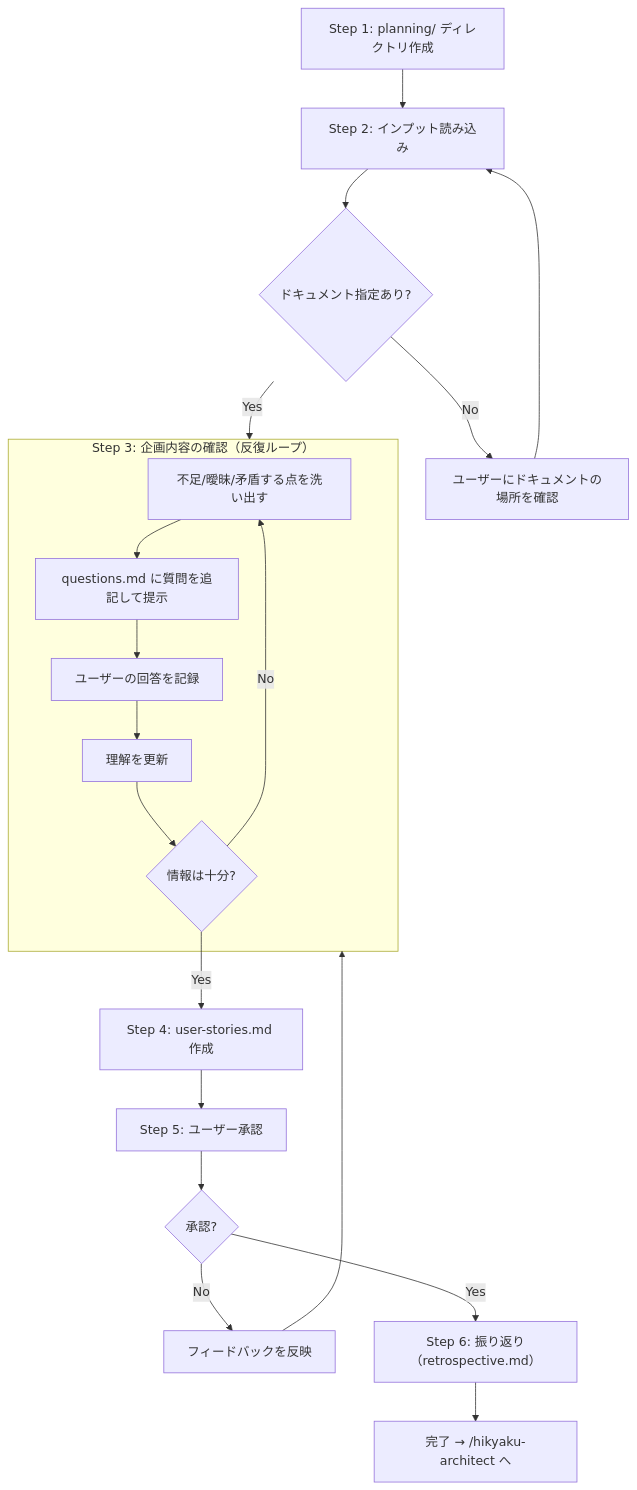
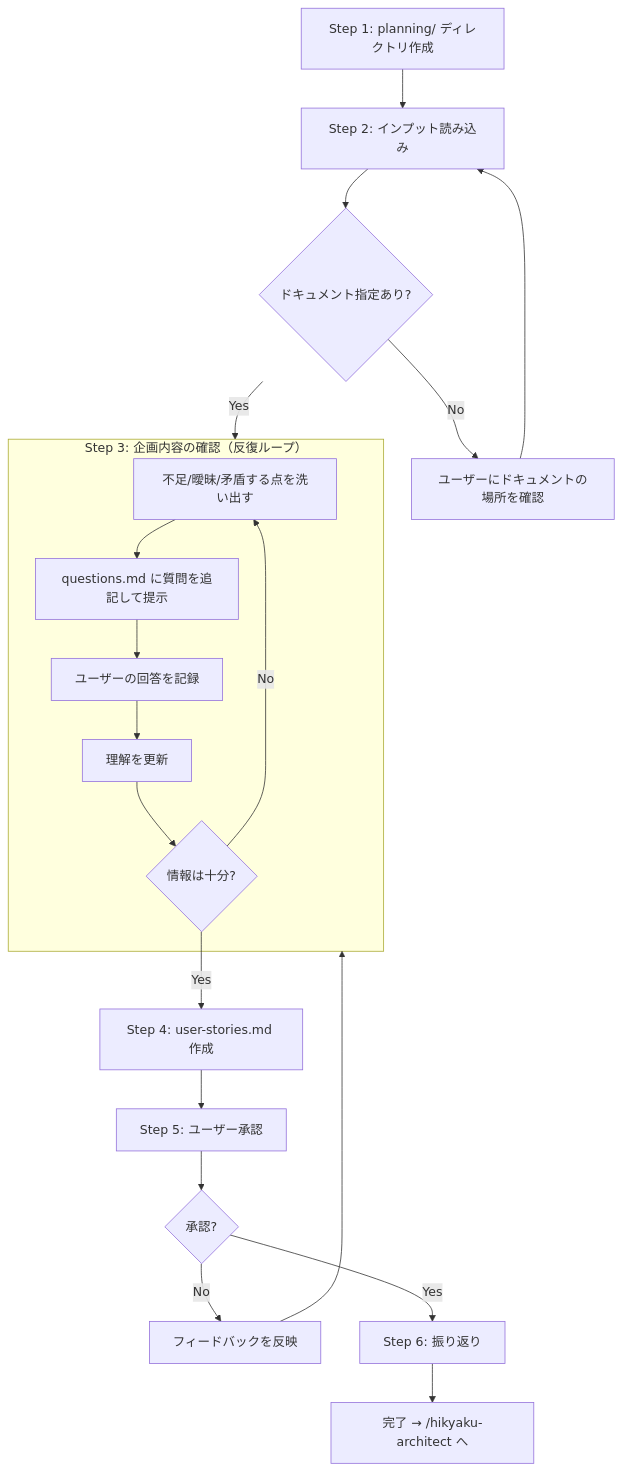
One commit to tak-solder/hikyaku changed the diagram in skills/hikyaku-planner/SKILL.md. Above: the diagram before and after it, drawn with Mermaid. The commit also changed other lines of this file and 8 other files, not shown here.

````diff
--- a/skills/hikyaku-planner/SKILL.md
+++ b/skills/hikyaku-planner/SKILL.md
@@ -94,24 +94,24 @@
 ```mermaid
 flowchart TD
     S1["Step 1: planning/ ディレクトリ作成"] --> S2["Step 2: インプット読み込み"]
     S2 --> S2a{"ドキュメント指定あり?"}
     S2a -- Yes --> S3
     S2a -- No --> S2b["ユーザーにドキュメントの場所を確認"]
     S2b --> S2
 
     subgraph S3["Step 3: 企画内容の確認（反復ループ）"]
         Q1["不足/曖昧/矛盾する点を洗い出す"] --> Q2["questions.md に質問を追記して提示"]
         Q2 --> Q3["ユーザーの回答を記録"]
         Q3 --> Q4["理解を更新"]
         Q4 --> Q5{"情報は十分?"}
         Q5 -- No --> Q1
     end
 
     Q5 -- Yes --> S4["Step 4: user-stories.md 作成"]
     S4 --> S5["Step 5: ユーザー承認"]
     S5 --> S5a{"承認?"}
     S5a -- No --> S5b["フィードバックを反映"]
     S5b --> S3
-    S5a -- Yes --> S6["Step 6: 振り返り（retrospective.md）"]
+    S5a -- Yes --> S6["Step 6: 振り返り"]
     S6 --> Done["完了 → /hikyaku-architect へ"]
 ```
````
